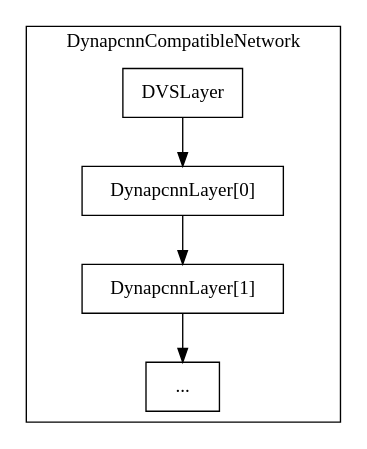
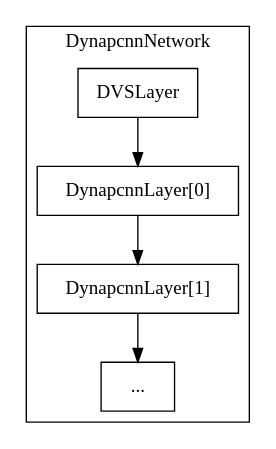
One commit to synsense/sinabs changed the first of 3 diagrams in docs/source/advanced_concepts.rst. Above: the diagram before and after it, drawn with Graphviz. The commit also changed other lines of this file and 9 other files, not shown here.

Commit message:
update documentation and remnant methods to update DynapcnnCompatibleNetwork to DynapcnnNetwork

```diff
--- a/docs/source/advanced_concepts.rst
+++ b/docs/source/advanced_concepts.rst
@@ -9,9 +9,9 @@
 .. graphviz::
 
     digraph {
         subgraph cluster {
             node [shape=polygon, sides=4]
-            label = "DynapcnnCompatibleNetwork";
+            label = "DynapcnnNetwork";
             DVSLayer -> "DynapcnnLayer[0]" -> "DynapcnnLayer[1]" -> "...";
         }
     }
```
